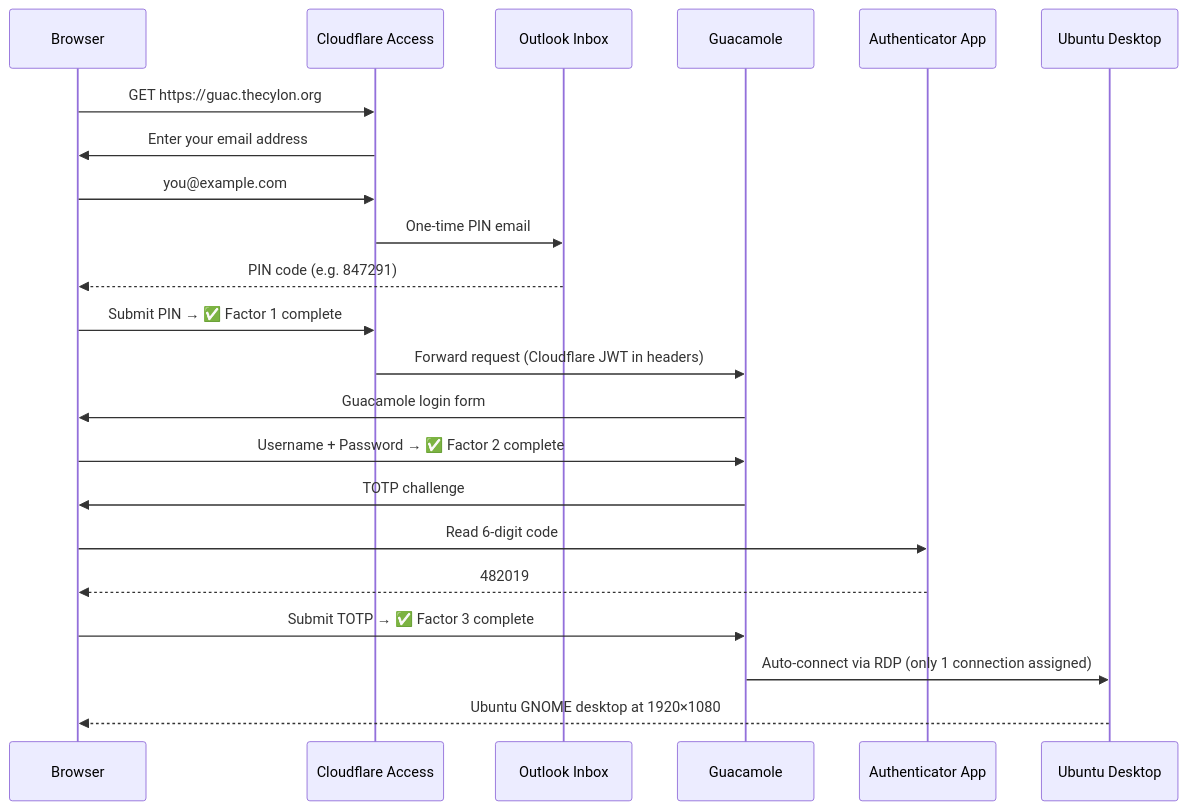
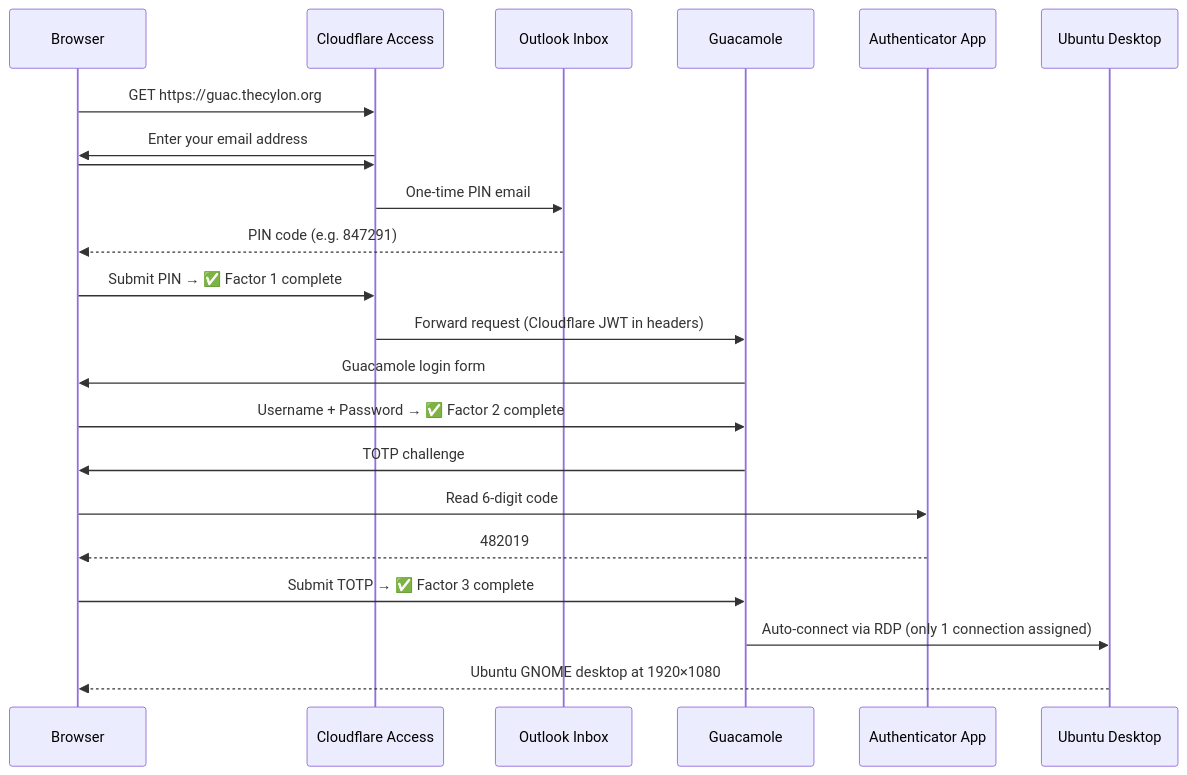
One commit to hellodk/cfpages changed the second of 5 diagrams in src/content/blog/browser-rdp-zero-ports.md. Above: the diagram before and after it, drawn with Mermaid. The commit also changed other lines of this file and 70 other files, not shown here.

````diff
--- a/src/content/blog/browser-rdp-zero-ports.md
+++ b/src/content/blog/browser-rdp-zero-ports.md
@@ -63,25 +61,25 @@
 ```mermaid
 sequenceDiagram
     participant B as Browser
     participant CF as Cloudflare Access
     participant OL as Outlook Inbox
     participant GUA as Guacamole
     participant AUTH as Authenticator App
     participant RDP as Ubuntu Desktop
 
     B->>CF: GET https://guac.thecylon.org
     CF->>B: Enter your email address
-    B->>CF: you@example.com
+    B->>CF: 
     CF->>OL: One-time PIN email
     OL-->>B: PIN code (e.g. 847291)
     B->>CF: Submit PIN → ✅ Factor 1 complete
     CF->>GUA: Forward request (Cloudflare JWT in headers)
     GUA->>B: Guacamole login form
     B->>GUA: Username + Password → ✅ Factor 2 complete
     GUA->>B: TOTP challenge
     B->>AUTH: Read 6-digit code
     AUTH-->>B: 482019
     B->>GUA: Submit TOTP → ✅ Factor 3 complete
     GUA->>RDP: Auto-connect via RDP (only 1 connection assigned)
     RDP-->>B: Ubuntu GNOME desktop at 1920×1080
 ```
````
